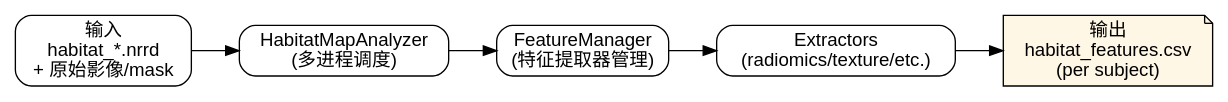
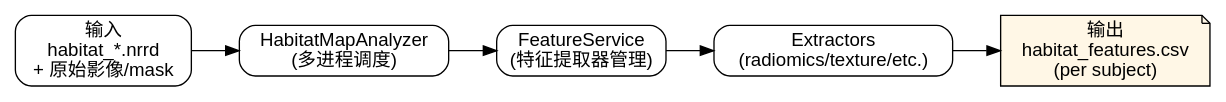
Before and after one commit to lichao312214129/HABIT: the fourth of 5 diagrams in docs/source/development/architecture.rst, drawn with Graphviz. The commit also changed other lines of this file and 39 other files, not shown here.

```diff
--- a/docs/source/development/architecture.rst
+++ b/docs/source/development/architecture.rst
@@ -459,15 +459,15 @@
 .. graphviz::
 
    digraph feature_flow {
        rankdir=LR;
        node [shape=box, style=rounded, fontname="Helvetica"];
 
        Input [label="输入\nhabitat_*.nrrd\n+ 原始影像/mask"];
        HMA [label="HabitatMapAnalyzer\n(多进程调度)"];
-       FM [label="FeatureManager\n(特征提取器管理)"];
+       FM [label="FeatureService\n(特征提取器管理)"];
        Ext [label="Extractors\n(radiomics/texture/etc.)"];
        Output [label="输出\nhabitat_features.csv\n(per subject)",
                shape=note, fillcolor="#fff7e6", style="filled,rounded"];
 
        Input -> HMA -> FM -> Ext -> Output;
    }
```
